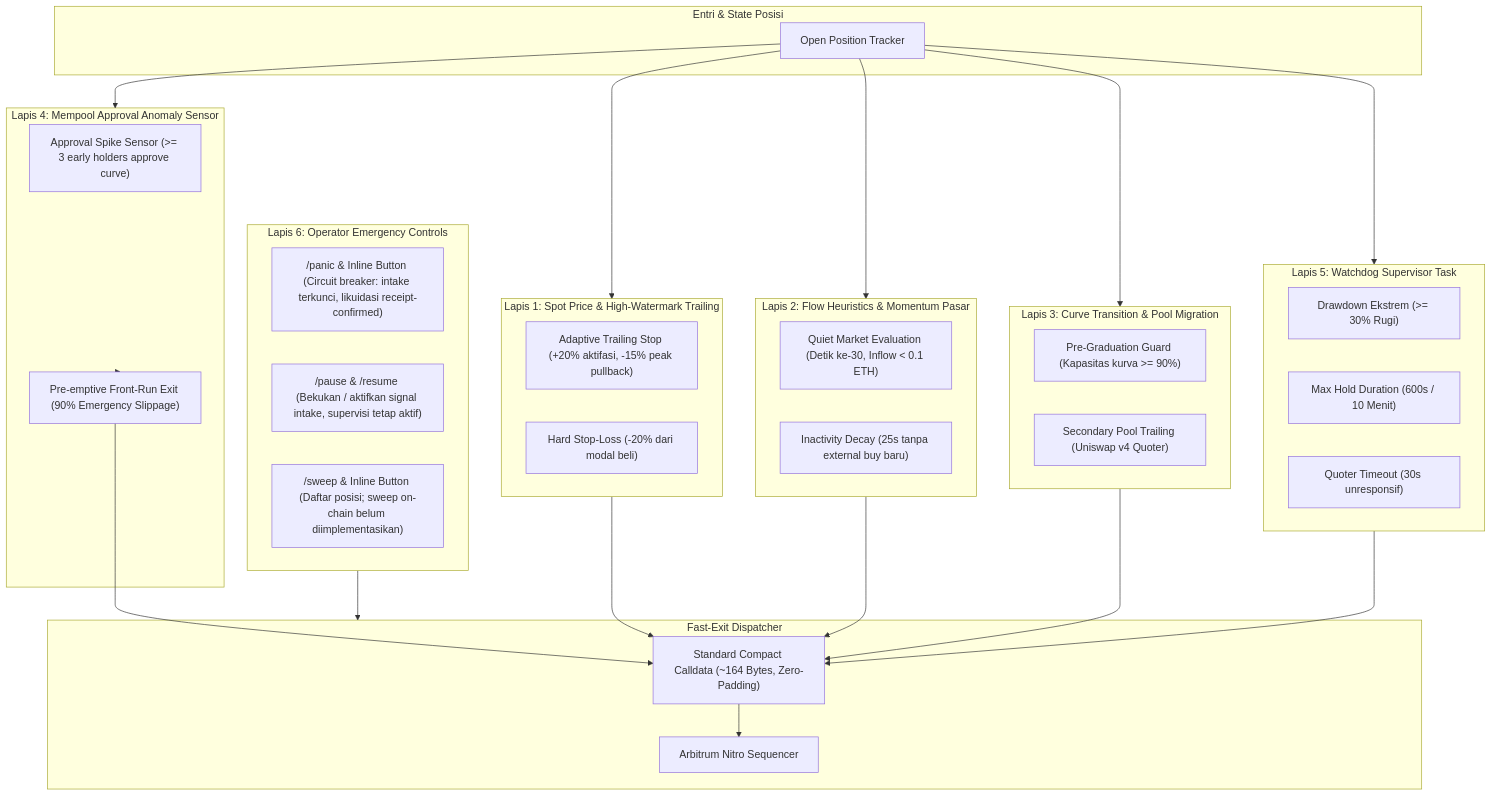
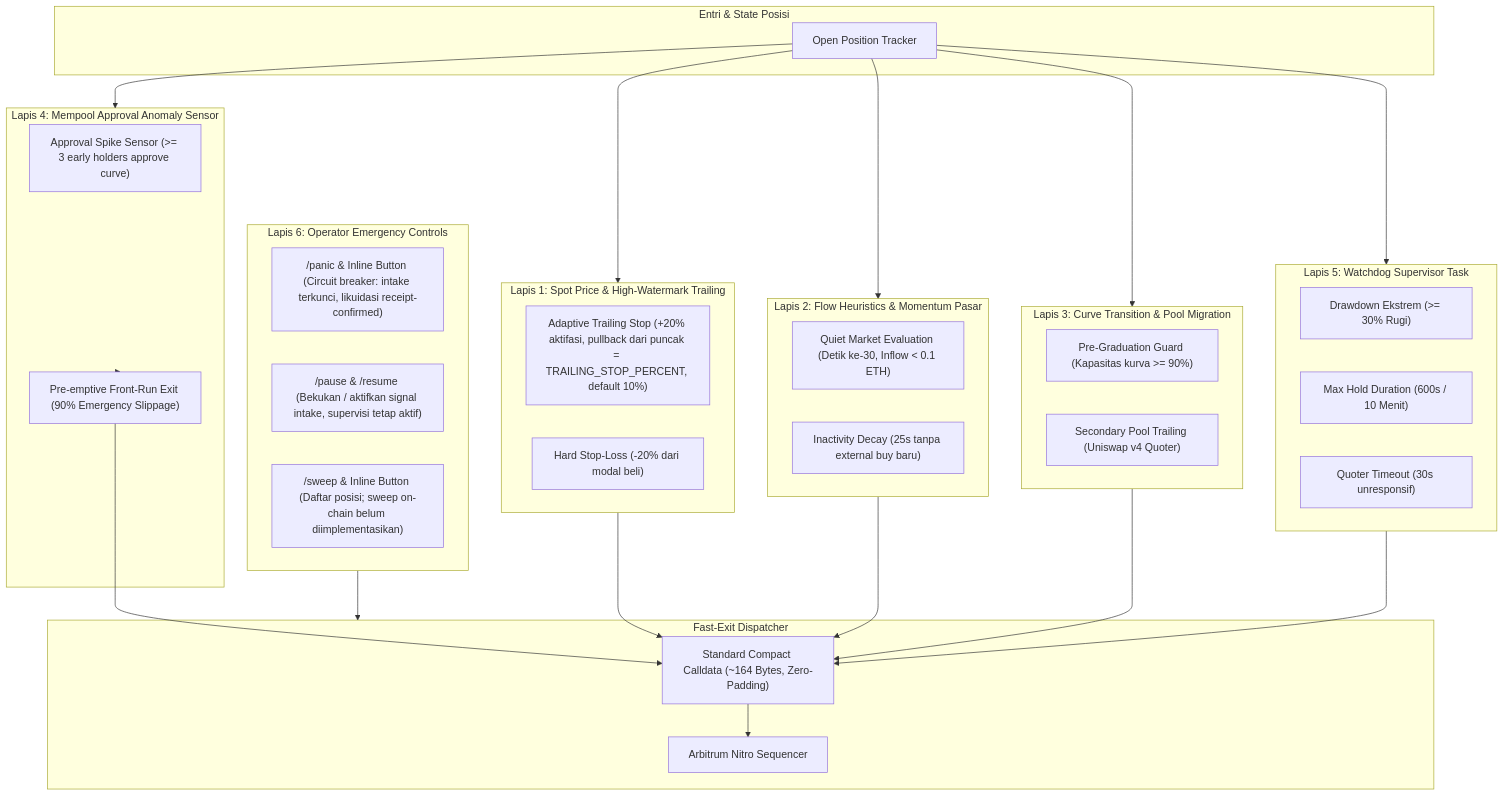
Before and after one commit to yoghaf/autotradesniper: the first of 3 diagrams in README.md, drawn with Mermaid. The commit also changed other lines of this file and 21 other files, not shown here.

Commit message:
feat: configurable trailing stop, 99% tax cap, and EIP-7623 carrier floor gas

````diff
--- a/README.md
+++ b/README.md
@@ -13,57 +13,57 @@
 ```mermaid
 flowchart TD
     subgraph SignalAndPosition [Entri & State Posisi]
         POS[Open Position Tracker]
     end
 
     subgraph Layer1 [Lapis 1: Spot Price & High-Watermark Trailing]
-        L1A["Adaptive Trailing Stop (+20% aktifasi, -15% peak pullback)"]
+        L1A["Adaptive Trailing Stop (+20% aktifasi, pullback dari puncak = TRAILING_STOP_PERCENT, default 10%)"]
         L1B["Hard Stop-Loss (-20% dari modal beli)"]
     end
 
     subgraph Layer2 [Lapis 2: Flow Heuristics & Momentum Pasar]
         L2A["Quiet Market Evaluation (Detik ke-30, Inflow < 0.1 ETH)"]
         L2B["Inactivity Decay (25s tanpa external buy baru)"]
     end
 
     subgraph Layer3 [Lapis 3: Curve Transition & Pool Migration]
         L3A["Pre-Graduation Guard (Kapasitas kurva >= 90%)"]
         L3B["Secondary Pool Trailing (Uniswap v4 Quoter)"]
     end
 
     subgraph Layer4 [Lapis 4: Mempool Approval Anomaly Sensor]
         L4["Approval Spike Sensor (>= 3 early holders approve curve)"]
         L4_EXEC["Pre-emptive Front-Run Exit (90% Emergency Slippage)"]
     end
 
     subgraph Layer5 [Lapis 5: Watchdog Supervisor Task]
         L5A["Drawdown Ekstrem (>= 30% Rugi)"]
         L5B["Max Hold Duration (600s / 10 Menit)"]
         L5C["Quoter Timeout (30s unresponsif)"]
     end
 
     subgraph Layer6 [Lapis 6: Operator Emergency Controls]
         L6A["/panic & Inline Button (Circuit breaker: intake terkunci, likuidasi receipt-confirmed)"]
         L6B["/pause & /resume (Bekukan / aktifkan signal intake, supervisi tetap aktif)"]
         L6C["/sweep & Inline Button (Daftar posisi; sweep on-chain belum diimplementasikan)"]
     end
 
     subgraph ExecutionEngine [Fast-Exit Dispatcher]
         EXIT_TX["Standard Compact Calldata (~164 Bytes, Zero-Padding)"]
         MEMPOOL["Arbitrum Nitro Sequencer"]
     end
 
     POS --> Layer1
     POS --> Layer2
     POS --> Layer3
     POS --> Layer4
     POS --> Layer5
     Layer6 --> ExecutionEngine
 
     Layer1 --> EXIT_TX
     Layer2 --> EXIT_TX
     Layer3 --> EXIT_TX
     Layer4 --> L4_EXEC --> EXIT_TX
     Layer5 --> EXIT_TX
     EXIT_TX --> MEMPOOL
 ```
````
